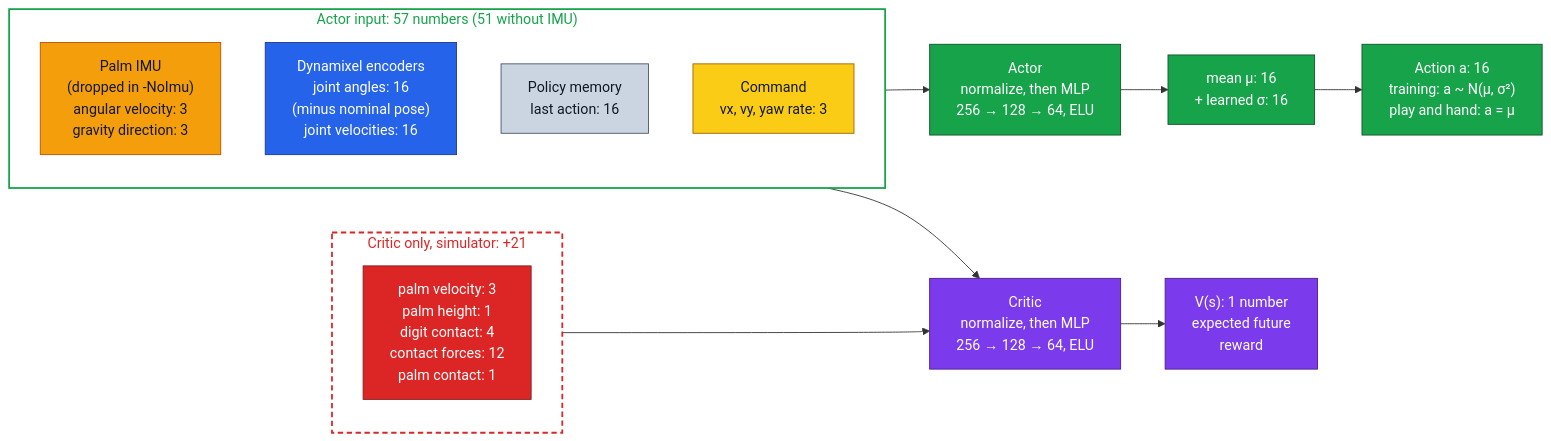
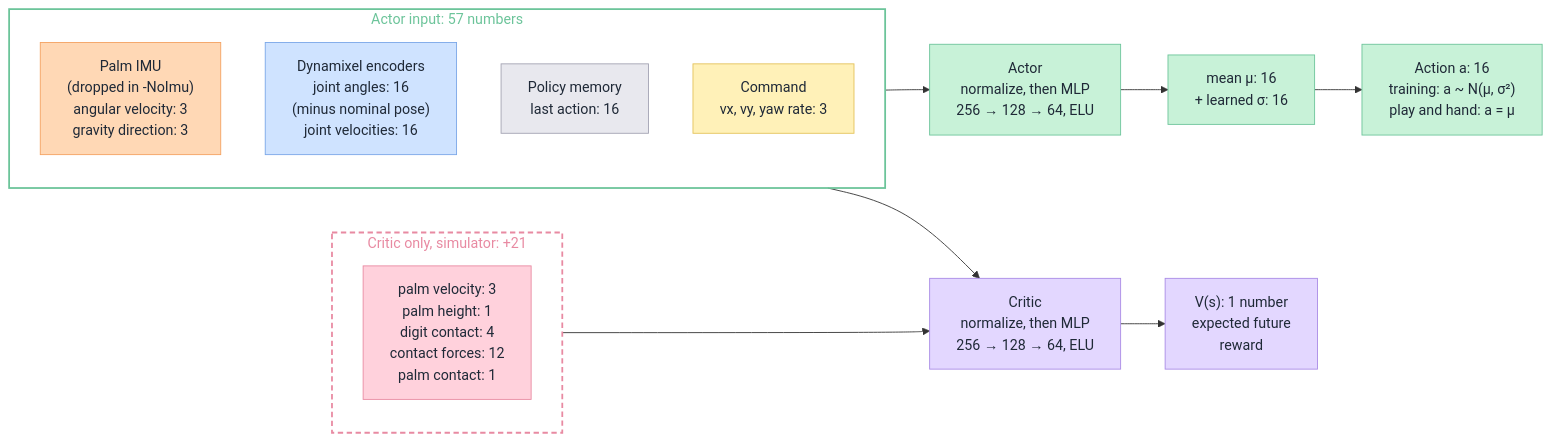
The third of 8 diagrams in docs/rl_notes.md (BrikHMP18/walking-leap), drawn with Mermaid before and after one commit. The commit also changed other lines of this file and 3 other files, not shown here.

````diff
--- a/docs/rl_notes.md
+++ b/docs/rl_notes.md
@@ -66,37 +126,37 @@
 ```mermaid
 %%{init: {"flowchart": {"wrappingWidth": 400}}}%%
 flowchart LR
-  subgraph ACT["Actor input: 57 numbers (51 without IMU)"]
+  subgraph ACT["Actor input: 57 numbers"]
     direction TB
     imu["Palm IMU<br/>(dropped in -NoImu)<br/>angular velocity: 3<br/>gravity direction: 3"]
     enc["Dynamixel encoders<br/>joint angles: 16<br/>(minus nominal pose)<br/>joint velocities: 16"]
     mem["Policy memory<br/>last action: 16"]
     cmd["Command<br/>vx, vy, yaw rate: 3"]
   end
   subgraph PRIV["Critic only, simulator: +21"]
     direction TB
     pv["palm velocity: 3<br/>palm height: 1<br/>digit contact: 4<br/>contact forces: 12<br/>palm contact: 1"]
   end
   ACT --> A1["Actor<br/>normalize, then MLP<br/>256 → 128 → 64, ELU"]
   A1 --> A2["mean μ: 16<br/>+ learned σ: 16"]
   A2 --> A3["Action a: 16<br/>training: a ~ N(μ, σ²)<br/>play and hand: a = μ"]
   ACT --> C1["Critic<br/>normalize, then MLP<br/>256 → 128 → 64, ELU"]
   PRIV --> C1
   C1 --> C2["V(s): 1 number<br/>expected future<br/>reward"]
-  classDef kImu fill:#f59e0b,stroke:#b45309,color:#111827
-  classDef kEnc fill:#2563eb,stroke:#1e3a8a,color:#ffffff
-  classDef kTask fill:#facc15,stroke:#a16207,color:#111827
-  classDef kMem fill:#cbd5e1,stroke:#475569,color:#111827
-  classDef kSim fill:#dc2626,stroke:#7f1d1d,color:#ffffff
-  classDef kActor fill:#16a34a,stroke:#14532d,color:#ffffff
-  classDef kCritic fill:#7c3aed,stroke:#4c1d95,color:#ffffff
+  classDef kImu fill:#ffd8b5,stroke:#f4a261,color:#1f2937
+  classDef kEnc fill:#cfe3ff,stroke:#7aa7e8,color:#1f2937
+  classDef kTask fill:#fff1b8,stroke:#e3c25a,color:#1f2937
+  classDef kMem fill:#e8e8ee,stroke:#a3a3b2,color:#1f2937
+  classDef kSim fill:#ffd1dc,stroke:#e88aa2,color:#1f2937
+  classDef kActor fill:#c8f2d8,stroke:#6cc49a,color:#1f2937
+  classDef kCritic fill:#e3d7ff,stroke:#a98be6,color:#1f2937
   class imu kImu
   class enc kEnc
   class cmd kTask
   class mem kMem
   class pv kSim
   class A1,A2,A3 kActor
   class C1,C2 kCritic
-  style ACT fill:transparent,stroke:#16a34a,stroke-width:2px,color:#16a34a
-  style PRIV fill:transparent,stroke:#dc2626,stroke-width:2px,stroke-dasharray:6 4,color:#dc2626
+  style ACT fill:transparent,stroke:#6cc49a,stroke-width:2px,color:#6cc49a
+  style PRIV fill:transparent,stroke:#e88aa2,stroke-width:2px,stroke-dasharray:6 4,color:#e88aa2
 ```
````
